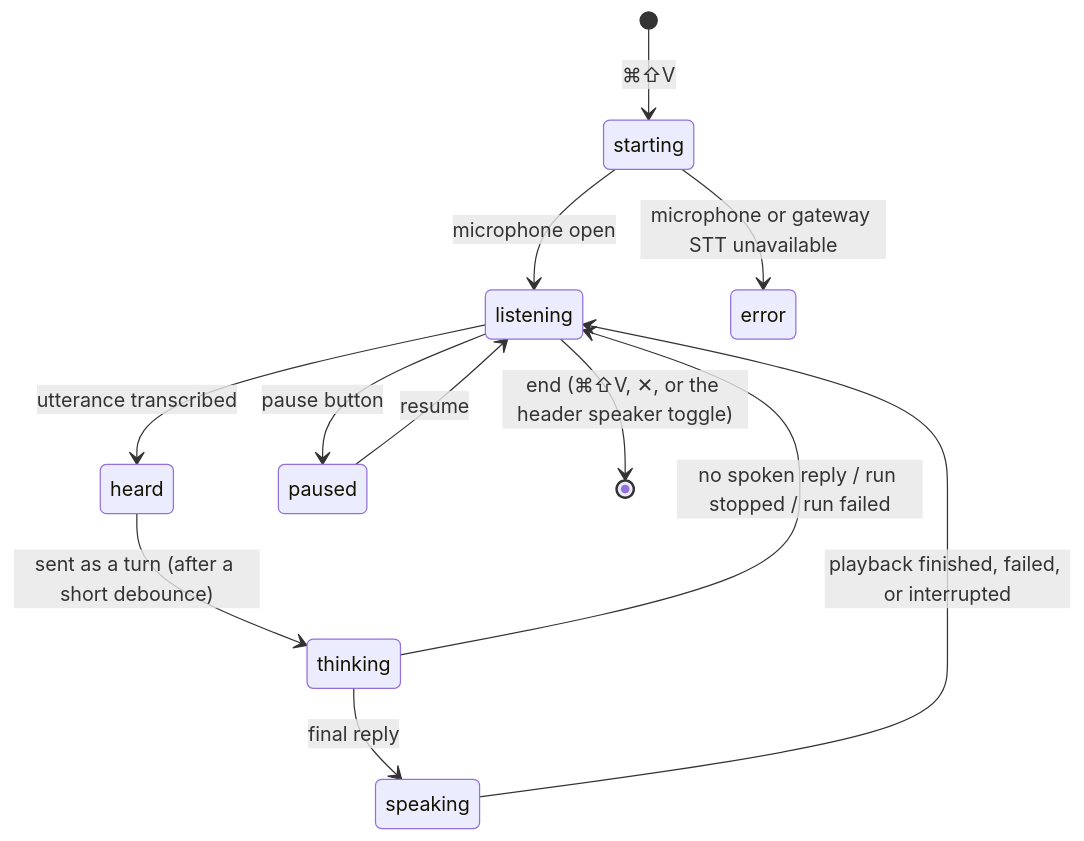
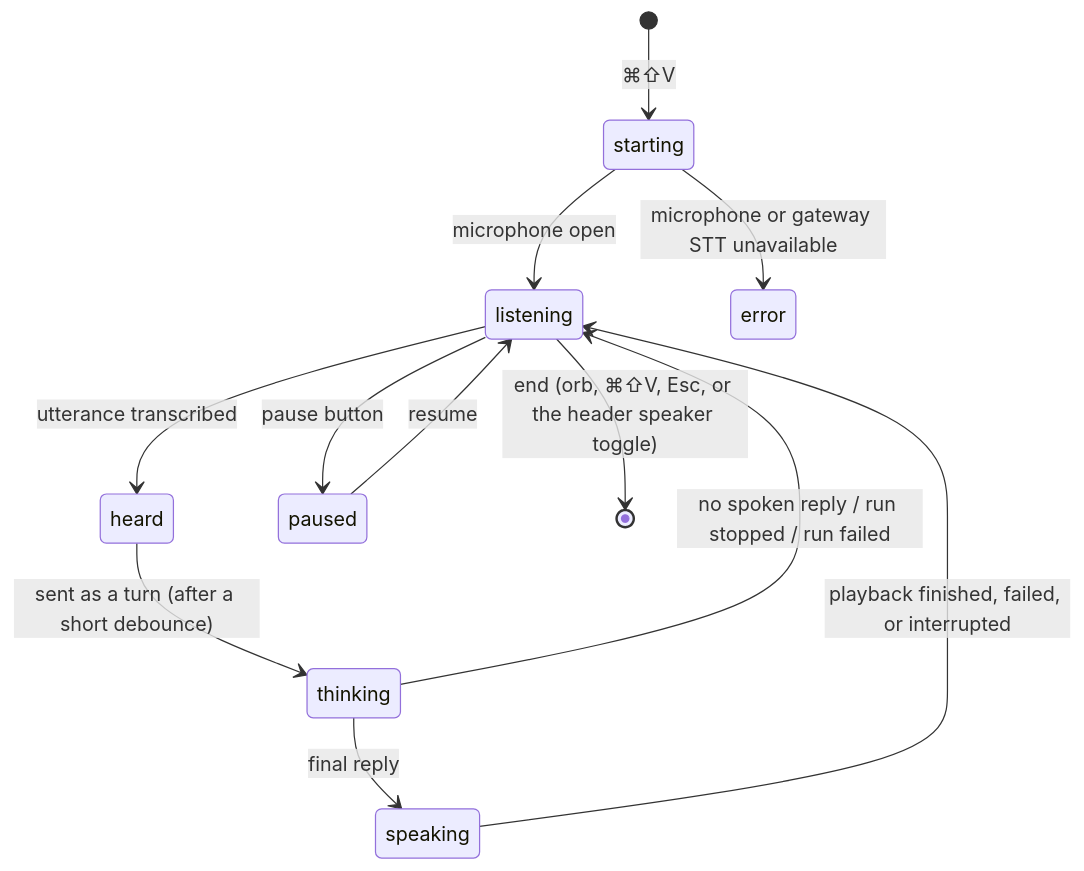
One commit to lpalbou/AbstractAssistant changed the diagram in docs/voice.md. Above: the diagram before and after it, drawn with Mermaid. The commit also changed other lines of this file and 18 other files, not shown here.

````diff
--- a/docs/voice.md
+++ b/docs/voice.md
@@ -51,14 +60,14 @@
 ```mermaid
 stateDiagram-v2
     [*] --> starting: ⌘⇧V
     starting --> listening: microphone open
     starting --> error: microphone or gateway STT unavailable
     listening --> heard: utterance transcribed
     heard --> thinking: sent as a turn (after a short debounce)
     thinking --> speaking: final reply
     thinking --> listening: no spoken reply / run stopped / run failed
     speaking --> listening: playback finished, failed, or interrupted
     listening --> paused: pause button
     paused --> listening: resume
-    listening --> [*]: end (⌘⇧V, ✕, or the header speaker toggle)
+    listening --> [*]: end (orb, ⌘⇧V, Esc, or the header speaker toggle)
 ```
````
